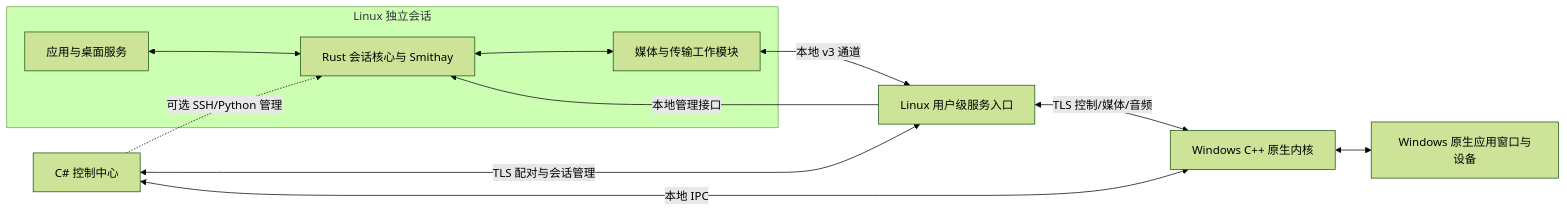
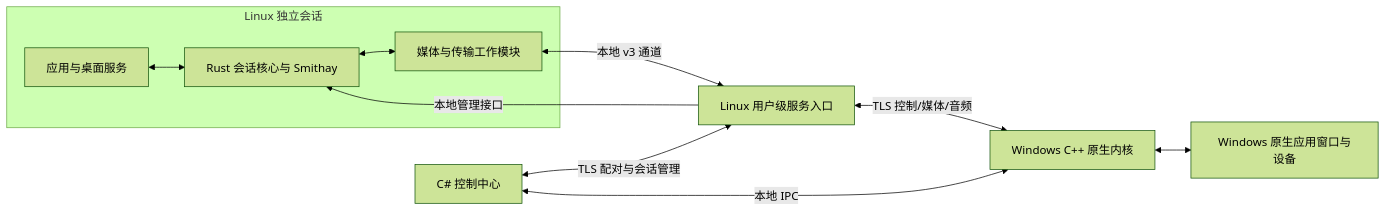
Before and after one commit to wanoful/waybridge: the diagram in docs/ARCHITECTURE.md, drawn with Mermaid (forest theme). The commit also changed other lines of this file and 49 other files, not shown here.

````diff
--- a/docs/ARCHITECTURE.md
+++ b/docs/ARCHITECTURE.md
@@ -32,21 +32,20 @@
 ```mermaid
 flowchart LR
     subgraph Linux["Linux 独立会话"]
         Apps["应用与桌面服务"]
         Core["Rust 会话核心与 Smithay"]
         Media["媒体与传输工作模块"]
         Apps <--> Core
         Core <--> Media
     end
     Service["Linux 用户级服务入口"]
     Engine["Windows C++ 原生内核"]
     Windows["Windows 原生应用窗口与设备"]
     GUI["C# 控制中心"]
     GUI <-->|"TLS 配对与会话管理"| Service
     Service -->|"本地管理接口"| Core
     Media <-->|"本地 v3 通道"| Service
     Service <-->|"TLS 控制/媒体/音频"| Engine
     Engine <--> Windows
     GUI <-->|"本地 IPC"| Engine
-    GUI -.->|"可选 SSH/Python 管理"| Core
 ```
````
